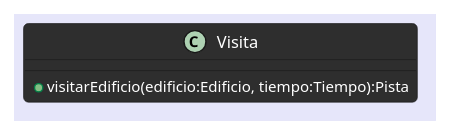
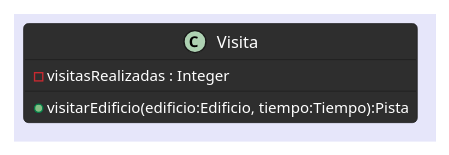
One commit to avilagaston9/algo3_tp2 changed the diagram in docs/Diagramas/Modelo2/Clase/clase_visita.plantuml. Above: the diagram before and after it, drawn with PlantUML. The commit also changed 2 other files, not shown here.

```diff
--- a/docs/Diagramas/Modelo2/Clase/clase_visita.plantuml
+++ b/docs/Diagramas/Modelo2/Clase/clase_visita.plantuml
@@ -1,18 +1,19 @@
 @startuml
 
 !theme reddress-darkblue
 skinparam BackgroundColor lavender
 skinparam ArrowColor black
 skinparam ArrowThickness 1.0
 skinparam RoundCorner 7
 skinparam ClassAttributeFontColor FFFFFF
 skinparam ClassFontSize 12
 skinparam ArrowFontColor black
 
 class Visita{
 
+    - visitasRealizadas : Integer
     + visitarEdificio(edificio:Edificio, tiempo:Tiempo):Pista
 
 }
 
 @enduml
```
